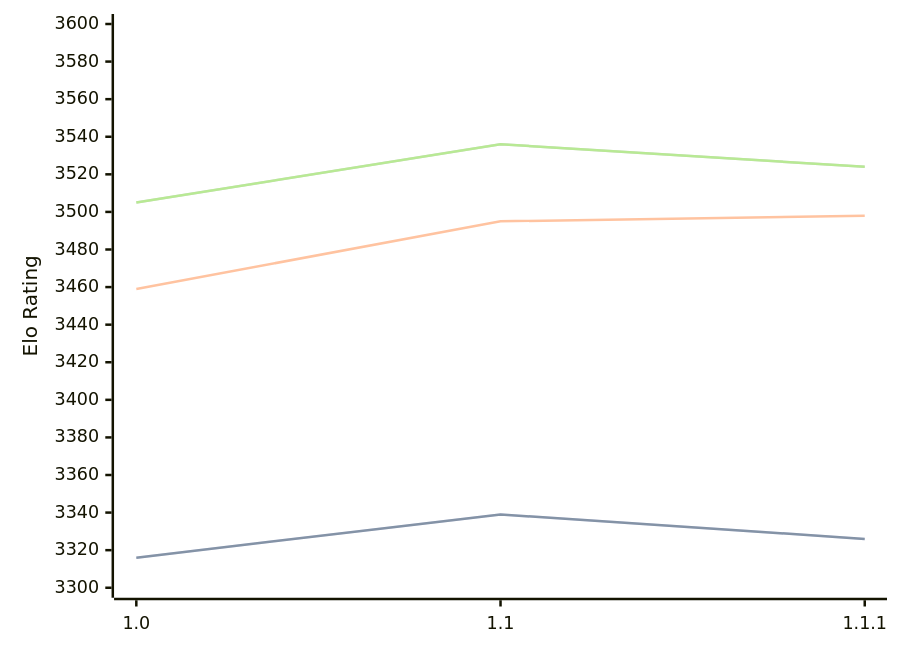
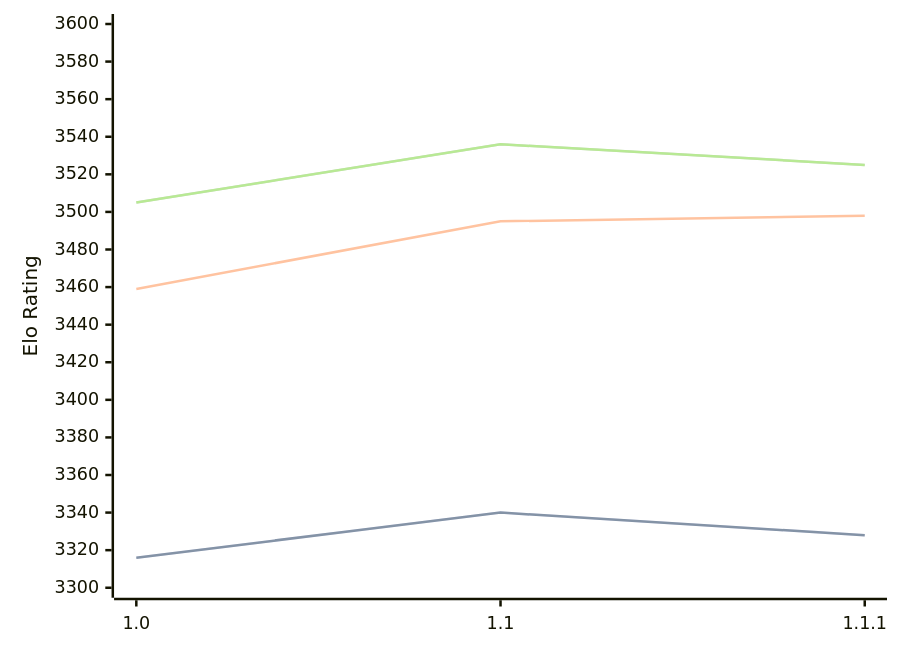
One commit to computer-chess-index/cci changed the diagram in engines/Icarus.md. Above: the diagram before and after it, drawn with Mermaid. The commit also changed other lines of this file, not shown here.

Commit message:
Update CCI Ratings (ELO VLTC) - 2026-09-05

````diff
--- a/engines/Icarus.md
+++ b/engines/Icarus.md
@@ -33,11 +33,11 @@
 ```mermaid
 %%{init: {"theme":"base","themeVariables":{"seriesColors:['#a3a3a3','#222221','#faa371']}}}%%
 xychart-beta
   x-axis ["1.0", "1.1", "1.1.1"]
   y-axis "Elo Rating" 3300 --> 3600
-  line "" [3316, 3339, 3326]
-  line "STC (8.0+0.08s)" [3316, 3339, 3326]
+  line "" [3316, 3340, 3328]
+  line "STC (8.0+0.08s)" [3316, 3340, 3328]
   line "LTC (60.0+0.60s)" [3459, 3495, 3498]
-  line "" [3505, 3536, 3524]
-  line "VLTC (2m24s+1.12s)" [3505, 3536, 3524]
+  line "" [3505, 3536, 3525]
+  line "VLTC (2m24s+1.12s)" [3505, 3536, 3525]
 ```
````
